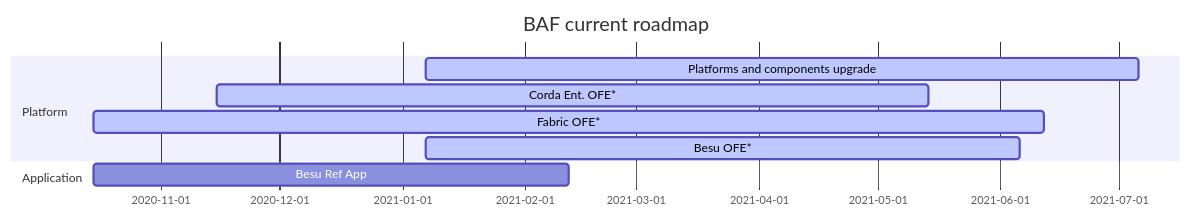
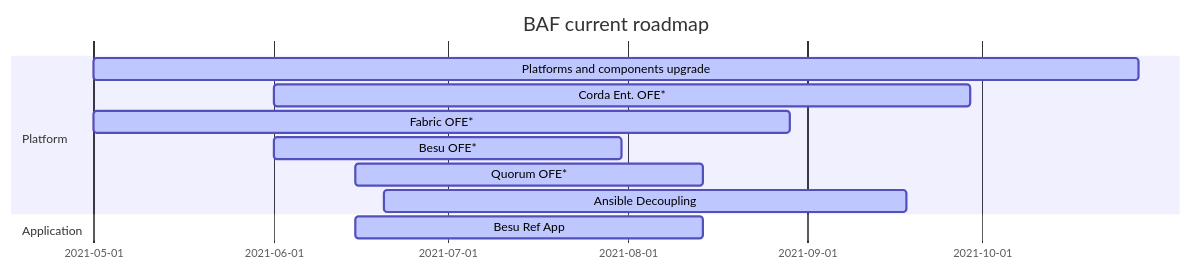
One commit to hyperledger/bevel changed the diagram in docs/source/roadmap.rst. Above: the diagram before and after it, drawn with Mermaid. The commit also changed other lines of this file and 1 other file, not shown here.

Commit message:
Updated roadmap and CM

```diff
--- a/docs/source/roadmap.rst
+++ b/docs/source/roadmap.rst
@@ -3,12 +3,14 @@
 .. mermaid::
 
    gantt
     title BAF current roadmap
     dateFormat  YY-MM-DD
     section Platform
-    Platforms and components upgrade: active, 21-01-07, 180d
-    Corda Ent. OFE*: active, 20-11-15, 180d
-    Fabric OFE*: active, 20-10-15, 240d
-    Besu OFE*: active, 21-01-07, 150d
+    Platforms and components upgrade: active, 21-05-01, 180d
+    Corda Ent. OFE*: active, 21-06-01, 120d
+    Fabric OFE*: active, 21-05-01, 120d
+    Besu OFE*: active, 21-06-01, 60d
+    Quorum OFE*: active, 21-06-15, 60d
+    Ansible Decoupling: active, 21-06-20, 90d
     section Application
-    Besu Ref App: b4, 20-10-15, 120d
+    Besu Ref App: active, 21-06-15, 60d
```
